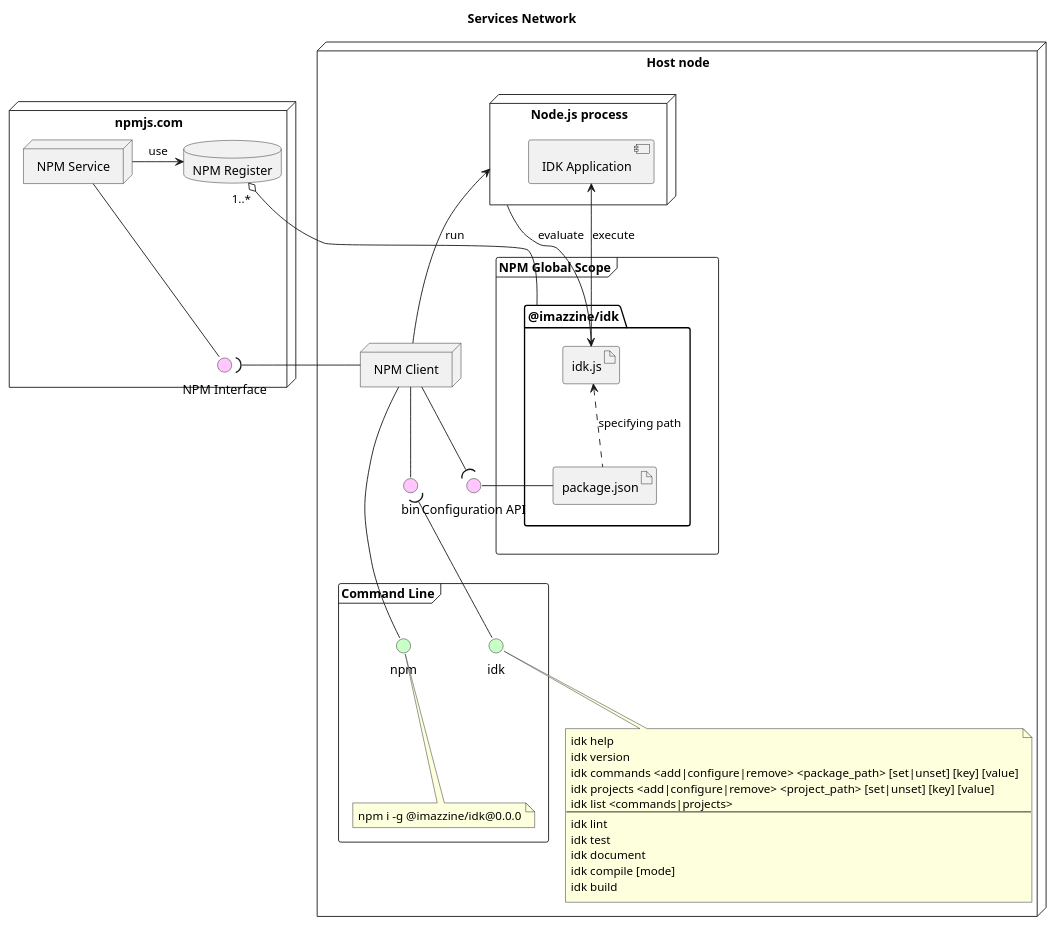
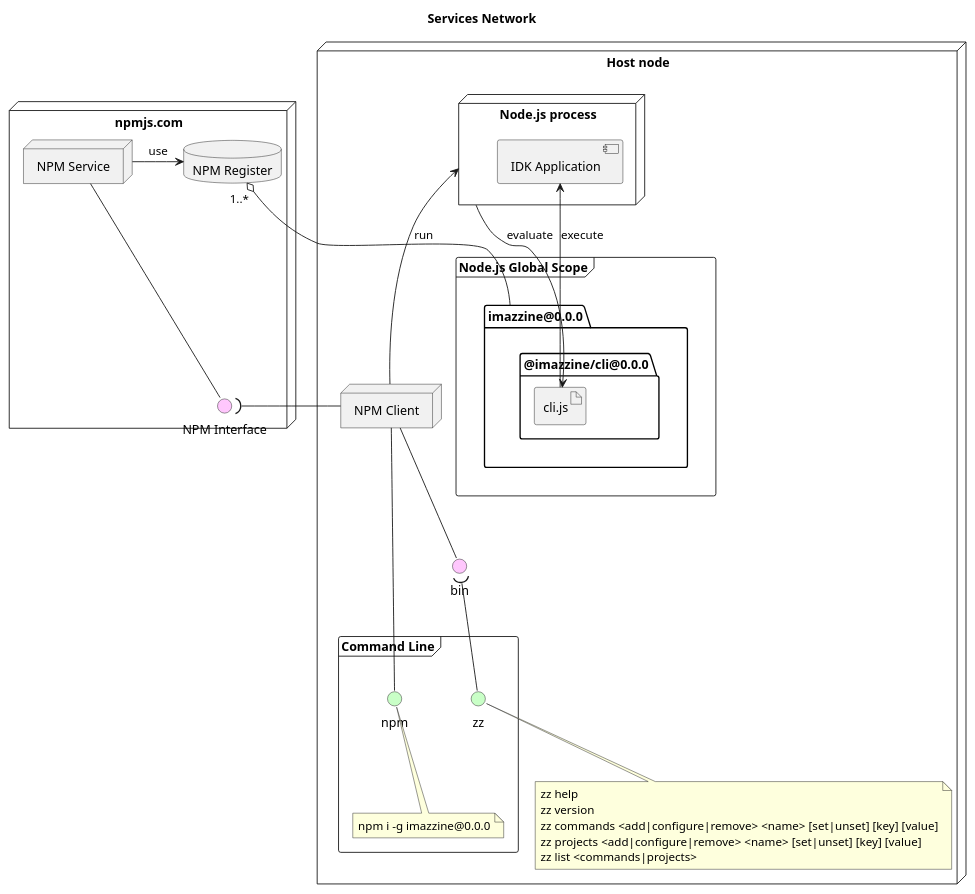
Before and after one commit to imazzine/design: the second of 16 diagrams in uml/cli/open.puml, drawn with PlantUML. The commit also changed other lines of this file and 33 other files, not shown here.

```diff
--- a/uml/cli/open.puml
+++ b/uml/cli/open.puml
@@ -13,72 +13,62 @@
 @startuml services_network
     skinparam note {
         FontName "Courier New"
     }
 
     title Services Network
 
     node "npmjs.com" as NPMServer {
         interface "NPM Interface" as NPMInterface #ffc7fd
         node "NPM Service" as NPMService
         database "NPM Register" as NPMRegister
         NPMService -> NPMRegister: use
         NPMService -- NPMInterface
     }
 
     node "Host node" as HostNode {
 
-        frame "NPM Global Scope" as NPMGlobalScope {
-            package "@imazzine/idk" as IDKPackage {
-                artifact "package.json" as PACKAGE_JSON [[./ConfigurationAPI.svg]]
-                artifact "idk.js" as IDK_JS
-                IDK_JS <.. PACKAGE_JSON: specifying path
+        frame "Node.js Global Scope" as NodeJsGlobalScope {
+            package "imazzine@0.0.0" as rootPackage {
+                package "@imazzine/cli@0.0.0" as cliPackage {
+                    artifact "cli.js" as cliJs
+                }
             }
         }
-        NPMRegister "1..*" o-- IDKPackage
+        NPMRegister "1..*" o-- rootPackage
 
         node "Node.js process" as NodeJS {
             component "IDK Application" as IDKApplication [[./IDKApplication.svg]]
-            IDKApplication <-- IDK_JS: execute
+            IDKApplication <-- cliJs: execute
         }
-        NodeJS --> IDK_JS: evaluate
+        NodeJS --> cliJs: evaluate
 
         node "NPM Client" as NPMClient
         NPMInterface )- NPMClient
         NodeJS <-- NPMClient: run
 
         interface "bin" as NPMBinAPI [[https://docs.npmjs.com/files/package.json#bin]] #ffc7fd
         NPMClient -- NPMBinAPI
 
         frame "Command Line" as CommandLine {
-            interface "idk" as IDKInterface #c9ffc7
+            interface "zz" as IDKInterface #c9ffc7
             NPMBinAPI )-- IDKInterface
 
             interface "npm" as NPMCli [[https://docs.npmjs.com/cli/install]] #c9ffc7
             NPMClient -- NPMCli
 
             note as NPM_CLI_LIST
-                npm i -g @imazzine/idk@0.0.0
+                npm i -g imazzine@0.0.0
             end note
             NPMCli .. NPM_CLI_LIST
         }
 
-        interface "Configuration API" as ConfigurationAPI [[./ConfigurationAPI.svg]] #ffc7fd
-        NPMClient --( ConfigurationAPI
-        PACKAGE_JSON - ConfigurationAPI
-
         note as IDK_CLI_LIST
-            idk help
-            idk version
-            idk commands <add|configure|remove> <package_path> [set|unset] [key] [value]
-            idk projects <add|configure|remove> <project_path> [set|unset] [key] [value]
-            idk list <commands|projects>
-            --
-            idk lint
-            idk test
-            idk document
-            idk compile [mode]
-            idk build
+            zz help
+            zz version
+            zz commands <add|configure|remove> <name> [set|unset] [key] [value]
+            zz projects <add|configure|remove> <name> [set|unset] [key] [value]
+            zz list <commands|projects>
         end note
         IDKInterface .. IDK_CLI_LIST
     }
 @enduml
```
